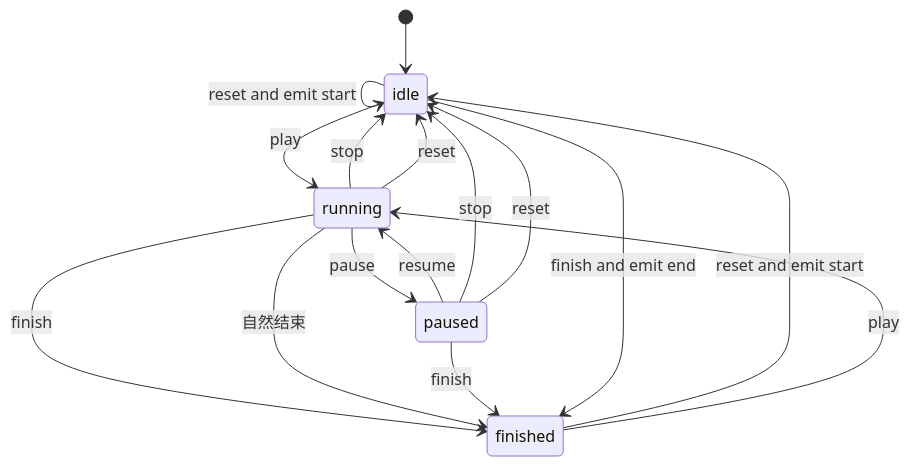
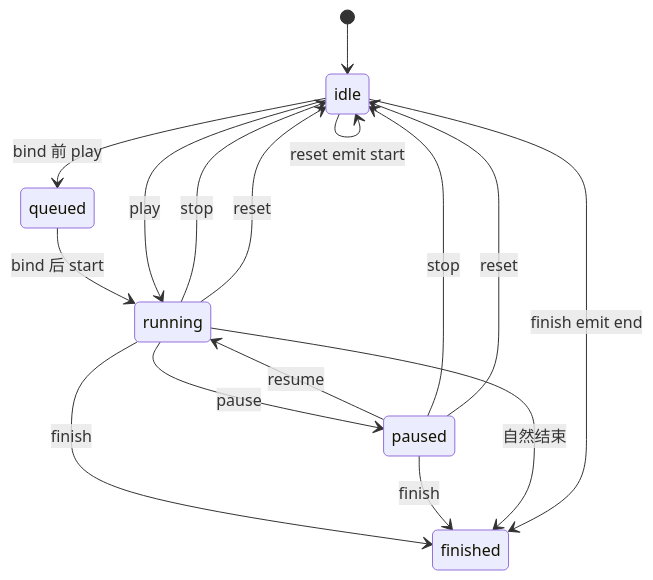
Before and after one commit to webspatial/webspatial-sdk: the second of 2 diagrams in openspec/changes/spatialized-element-motion-api/design.zh.md, drawn with Mermaid. The commit also changed other lines of this file and 1 other file, not shown here.

````diff
--- a/openspec/changes/spatialized-element-motion-api/design.zh.md
+++ b/openspec/changes/spatialized-element-motion-api/design.zh.md
@@ -133,18 +478,18 @@
 ```mermaid
 stateDiagram-v2
     [*] --> idle
+    idle --> queued : bind 前 play
+    queued --> running : bind 后 start
     idle --> running : play
     running --> paused : pause
+    paused --> running : resume
     running --> idle : stop
     running --> idle : reset
-    running --> finished : finish
-    running --> finished : 自然结束
-    paused --> running : resume
     paused --> idle : stop
     paused --> idle : reset
+    running --> finished : finish
     paused --> finished : finish
-    idle --> idle : reset and emit start
-    idle --> finished : finish and emit end
-    finished --> idle : reset and emit start
-    finished --> running : play
+    running --> finished : 自然结束
+    idle --> idle : reset emit start
+    idle --> finished : finish emit end
 ```
````
